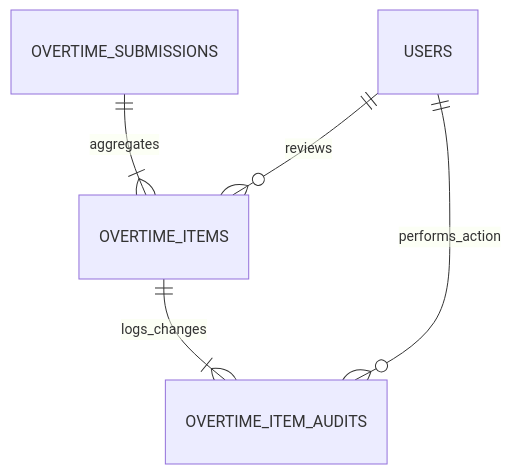
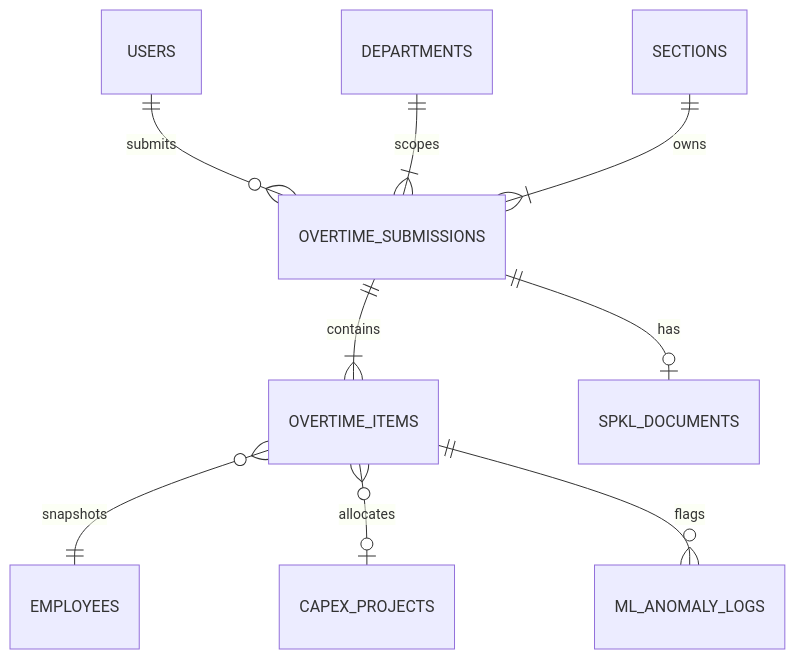
The second of 2 diagrams in docs/dev-docs/features/verification-approval.md (ZulfikarHD/overtime-app), drawn with Mermaid before and after one commit. The commit also changed other lines of this file and 22 other files, not shown here.

````diff
--- a/docs/dev-docs/features/verification-approval.md
+++ b/docs/dev-docs/features/verification-approval.md
@@ -31,8 +25,11 @@
 ```mermaid
 erDiagram
-    OVERTIME_SUBMISSIONS ||--|{ OVERTIME_ITEMS : aggregates
-    USERS ||--o{ OVERTIME_ITEMS : reviews
-
-    OVERTIME_ITEMS ||--|{ OVERTIME_ITEM_AUDITS : logs_changes
-    USERS ||--o{ OVERTIME_ITEM_AUDITS : performs_action
+    OVERTIME_SUBMISSIONS ||--|{ OVERTIME_ITEMS : contains
+    OVERTIME_SUBMISSIONS ||--o| SPKL_DOCUMENTS : has
+    OVERTIME_ITEMS }o--|| EMPLOYEES : snapshots
+    OVERTIME_ITEMS }o--o| CAPEX_PROJECTS : allocates
+    OVERTIME_ITEMS ||--o{ ML_ANOMALY_LOGS : flags
+    USERS ||--o{ OVERTIME_SUBMISSIONS : submits
+    DEPARTMENTS ||--|{ OVERTIME_SUBMISSIONS : scopes
+    SECTIONS ||--|{ OVERTIME_SUBMISSIONS : owns
 ```
````
